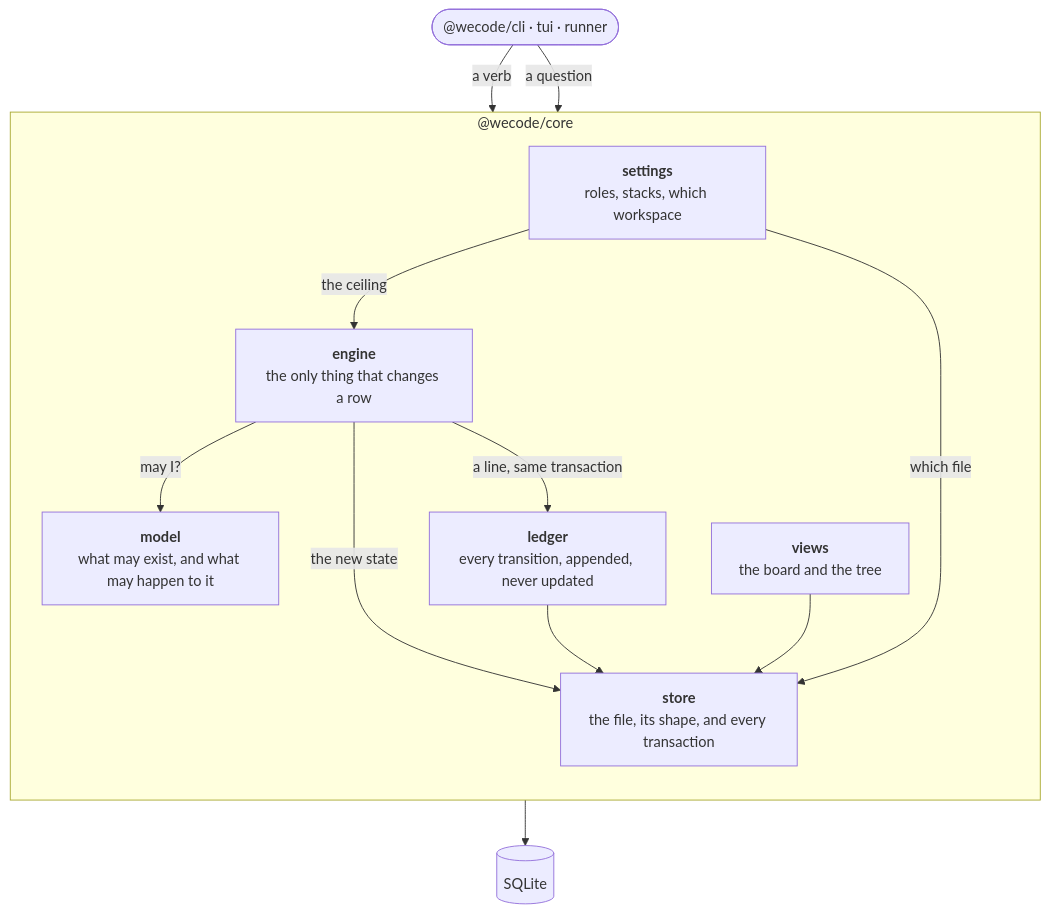
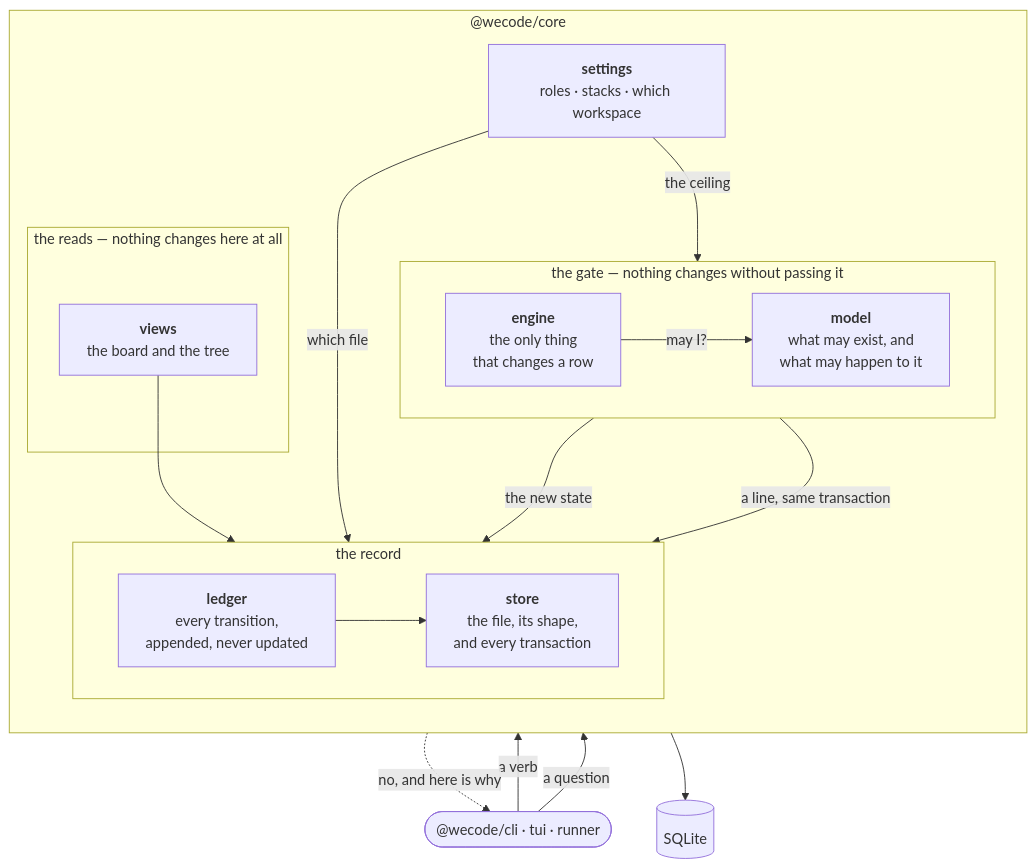
Before and after one commit to chandra-wijaya-setiawan/wecode: the third of 4 diagrams in docs/design/01. Architecture Diagram L1-L2.md, drawn with Mermaid. The commit also changed other lines of this file, not shown here.

Commit message:
design: the gate and the reads are boxes, not prose
They were named in the sentences under the picture and absent from it. A verb enters the
gate and may be refused before anything is written; a question skips it entirely.

````diff
--- a/docs/design/01. Architecture Diagram L1-L2.md
+++ b/docs/design/01. Architecture Diagram L1-L2.md
@@ -99,29 +99,42 @@
 ```mermaid
 flowchart TB
     CLIENTS(["@wecode/cli · tui · runner"])
 
     subgraph core["@wecode/core"]
         direction TB
-        ENGINE["<b>engine</b><br/>the only thing that changes a row"]
-        MODEL["<b>model</b><br/>what may exist, and what may happen to it"]
-        LEDGER["<b>ledger</b><br/>every transition, appended, never updated"]
-        STORE["<b>store</b><br/>the file, its shape, and every transaction"]
-        VIEWS["<b>views</b><br/>the board and the tree"]
-        SETTINGS["<b>settings</b><br/>roles, stacks, which workspace"]
+
+        subgraph gate["the gate — nothing changes without passing it"]
+            direction LR
+            MODEL["<b>model</b><br/>what may exist, and<br/>what may happen to it"]
+            ENGINE["<b>engine</b><br/>the only thing<br/>that changes a row"]
+        end
+
+        subgraph reads["the reads — nothing changes here at all"]
+            VIEWS["<b>views</b><br/>the board and the tree"]
+        end
+
+        subgraph record["the record"]
+            direction LR
+            LEDGER["<b>ledger</b><br/>every transition,<br/>appended, never updated"]
+            STORE["<b>store</b><br/>the file, its shape,<br/>and every transaction"]
+        end
+
+        SETTINGS["<b>settings</b><br/>roles · stacks · which workspace"]
     end
 
     DB[(SQLite)]
 
     CLIENTS -->|a verb| ENGINE
     CLIENTS -->|a question| VIEWS
 
     ENGINE -->|may I?| MODEL
+    MODEL -.->|no, and here is why| CLIENTS
+
     ENGINE -->|the new state| STORE
     ENGINE -->|a line, same transaction| LEDGER
-
     LEDGER --> STORE
     VIEWS --> STORE
+    SETTINGS -->|the ceiling| ENGINE
     SETTINGS -->|which file| STORE
-    SETTINGS -->|the ceiling| ENGINE
     STORE --> DB
 ```
````
